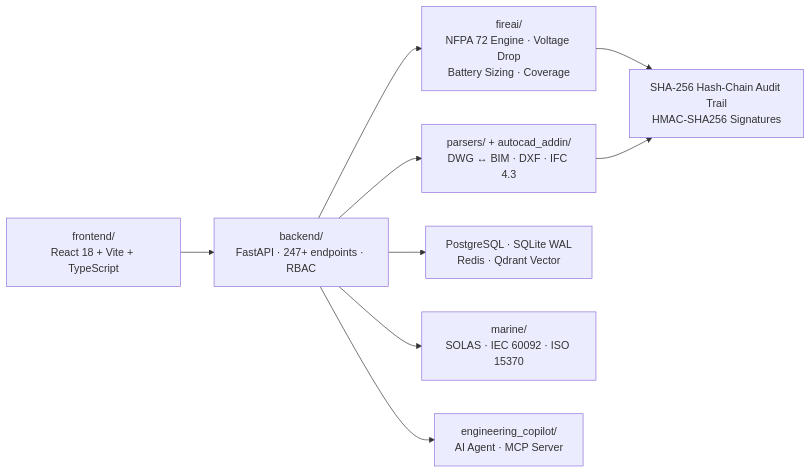
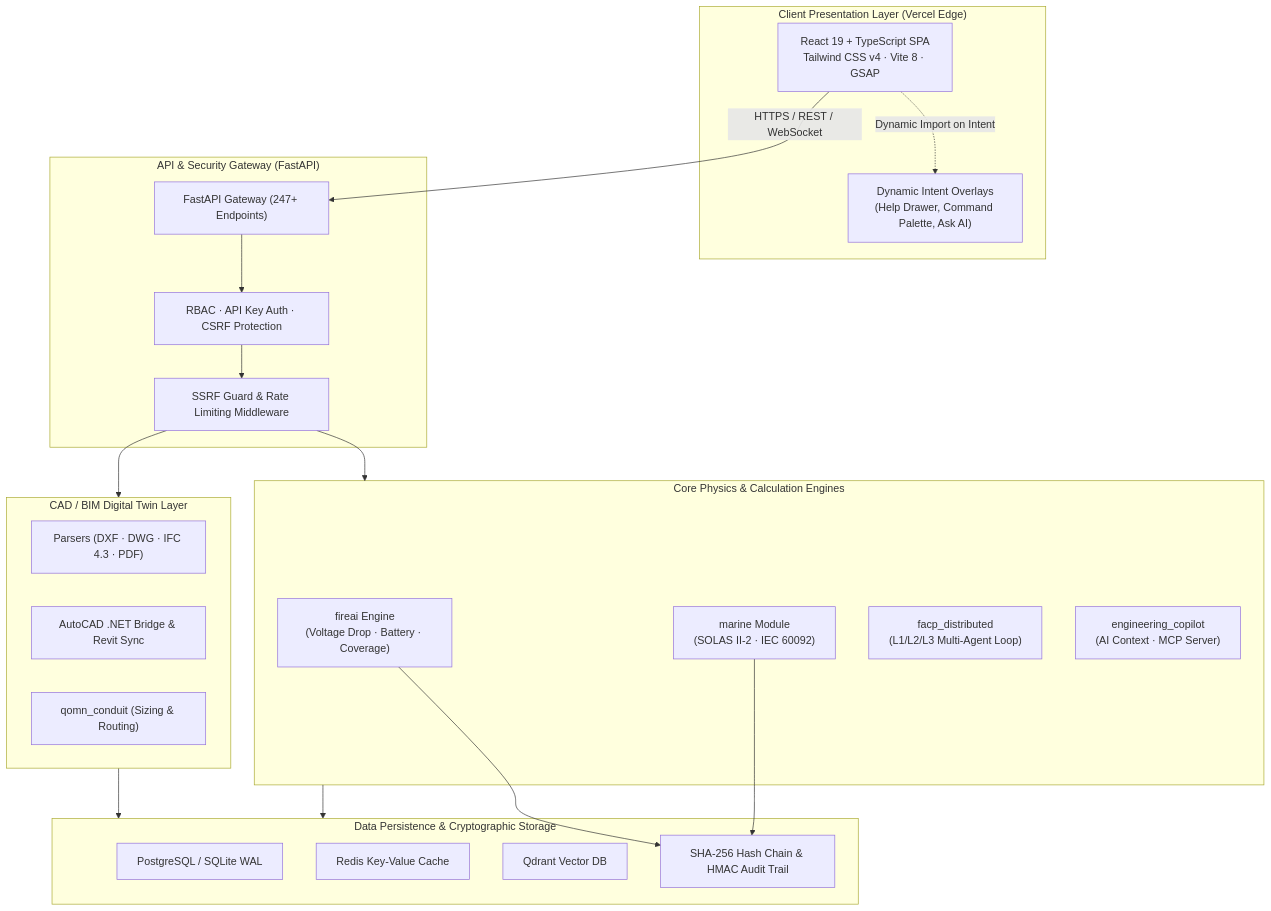
Before and after one commit to ahmdelbaz28-ux/BAZspark: the diagram in README.md, drawn with Mermaid. The commit also changed other lines of this file and 9 other files, not shown here.

````diff
--- a/README.md
+++ b/README.md
@@ -65,11 +73,43 @@
 ```mermaid
-graph LR
-    FE["frontend/\nReact 18 + Vite + TypeScript"] --> API["backend/\nFastAPI · 247+ endpoints · RBAC"]
-    API --> Calc["fireai/\nNFPA 72 Engine · Voltage Drop\nBattery Sizing · Coverage"]
-    API --> Twin["parsers/ + autocad_addin/\nDWG ↔ BIM · DXF · IFC 4.3"]
-    API --> Store["PostgreSQL · SQLite WAL\nRedis · Qdrant Vector"]
-    API --> Marine["marine/\nSOLAS · IEC 60092 · ISO 15370"]
-    API --> Copilot["engineering_copilot/\nAI Agent · MCP Server"]
-    Calc --> Audit["SHA-256 Hash-Chain Audit Trail\nHMAC-SHA256 Signatures"]
-    Twin --> Audit
+flowchart TD
+    subgraph ClientLayer ["Client Presentation Layer (Vercel Edge)"]
+        UI["React 19 + TypeScript SPA\nTailwind CSS v4 · Vite 8 · GSAP"]
+        Overlays["Dynamic Intent Overlays\n(Help Drawer, Command Palette, Ask AI)"]
+        UI -.->|Dynamic Import on Intent| Overlays
+    end
+
+    subgraph APILayer ["API & Security Gateway (FastAPI)"]
+        Gateway["FastAPI Gateway (247+ Endpoints)"]
+        Auth["RBAC · API Key Auth · CSRF Protection"]
+        SSRF["SSRF Guard & Rate Limiting Middleware"]
+        Gateway --> Auth --> SSRF
+    end
+
+    subgraph EngineLayer ["Core Physics & Calculation Engines"]
+        FireAI["fireai Engine\n(Voltage Drop · Battery · Coverage)"]
+        MarineEng["marine Module\n(SOLAS II-2 · IEC 60092)"]
+        FACP["facp_distributed\n(L1/L2/L3 Multi-Agent Loop)"]
+        Copilot["engineering_copilot\n(AI Context · MCP Server)"]
+    end
+
+    subgraph TwinLayer ["CAD / BIM Digital Twin Layer"]
+        Parsers["Parsers (DXF · DWG · IFC 4.3 · PDF)"]
+        Addin["AutoCAD .NET Bridge & Revit Sync"]
+        Conduit["qomn_conduit (Sizing & Routing)"]
+    end
+
+    subgraph DataLayer ["Data Persistence & Cryptographic Storage"]
+        DB["PostgreSQL / SQLite WAL"]
+        Cache["Redis Key-Value Cache"]
+        Vector["Qdrant Vector DB"]
+        Audit["SHA-256 Hash Chain & HMAC Audit Trail"]
+    end
+
+    UI -->|HTTPS / REST / WebSocket| Gateway
+    SSRF --> EngineLayer
+    SSRF --> TwinLayer
+    EngineLayer --> DataLayer
+    TwinLayer --> DataLayer
+    FireAI --> Audit
+    MarineEng --> Audit
 ```
````
